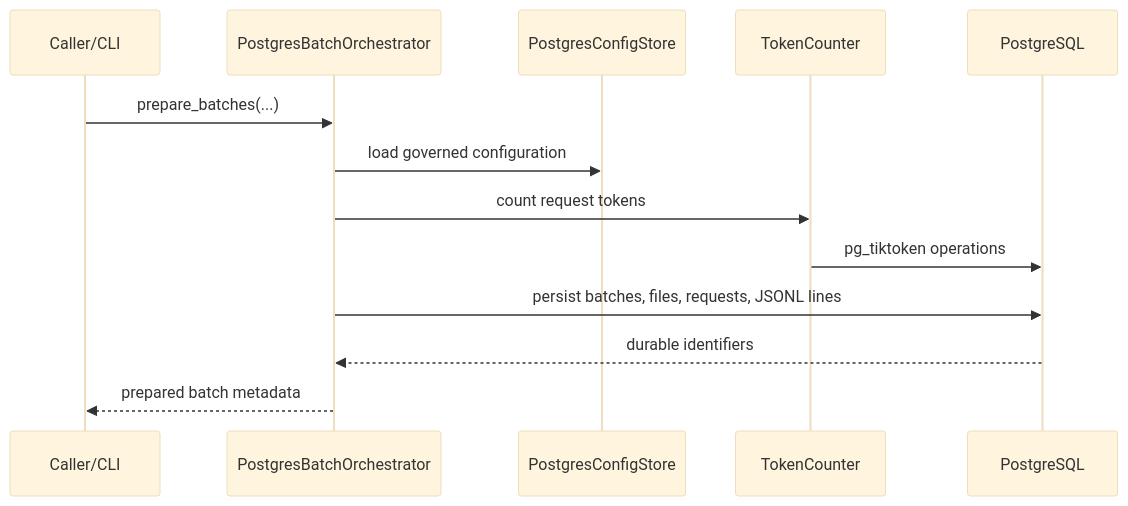
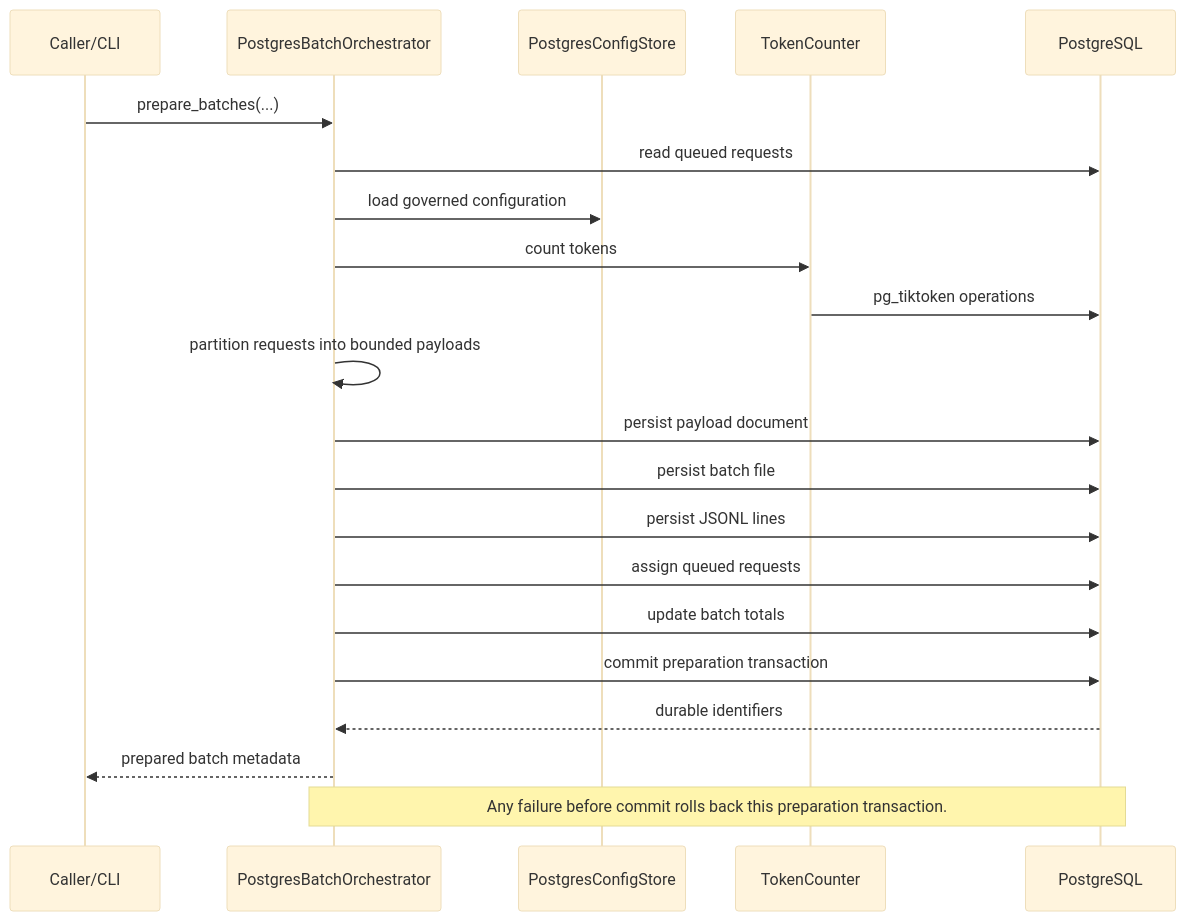
Before and after one commit to ContextualWisdomLab/pg-llm-batch: the second of 8 diagrams in docs/architecture/UML.md, drawn with Mermaid (base theme).

Commit message:
docs(uml): match batch preparation persistence order

````diff
--- a/docs/architecture/UML.md
+++ b/docs/architecture/UML.md
@@ -25,15 +25,23 @@
 ```mermaid
 sequenceDiagram
     participant U as Caller/CLI
     participant O as PostgresBatchOrchestrator
     participant C as PostgresConfigStore
     participant T as TokenCounter
     participant P as PostgreSQL
     U->>O: prepare_batches(...)
+    O->>P: read queued requests
     O->>C: load governed configuration
-    O->>T: count request tokens
+    O->>T: count tokens
     T->>P: pg_tiktoken operations
-    O->>P: persist batches, files, requests, JSONL lines
+    O->>O: partition requests into bounded payloads
+    O->>P: persist payload document
+    O->>P: persist batch file
+    O->>P: persist JSONL lines
+    O->>P: assign queued requests
+    O->>P: update batch totals
+    O->>P: commit preparation transaction
     P-->>O: durable identifiers
     O-->>U: prepared batch metadata
+    Note over O,P: Any failure before commit rolls back this preparation transaction.
 ```
````
